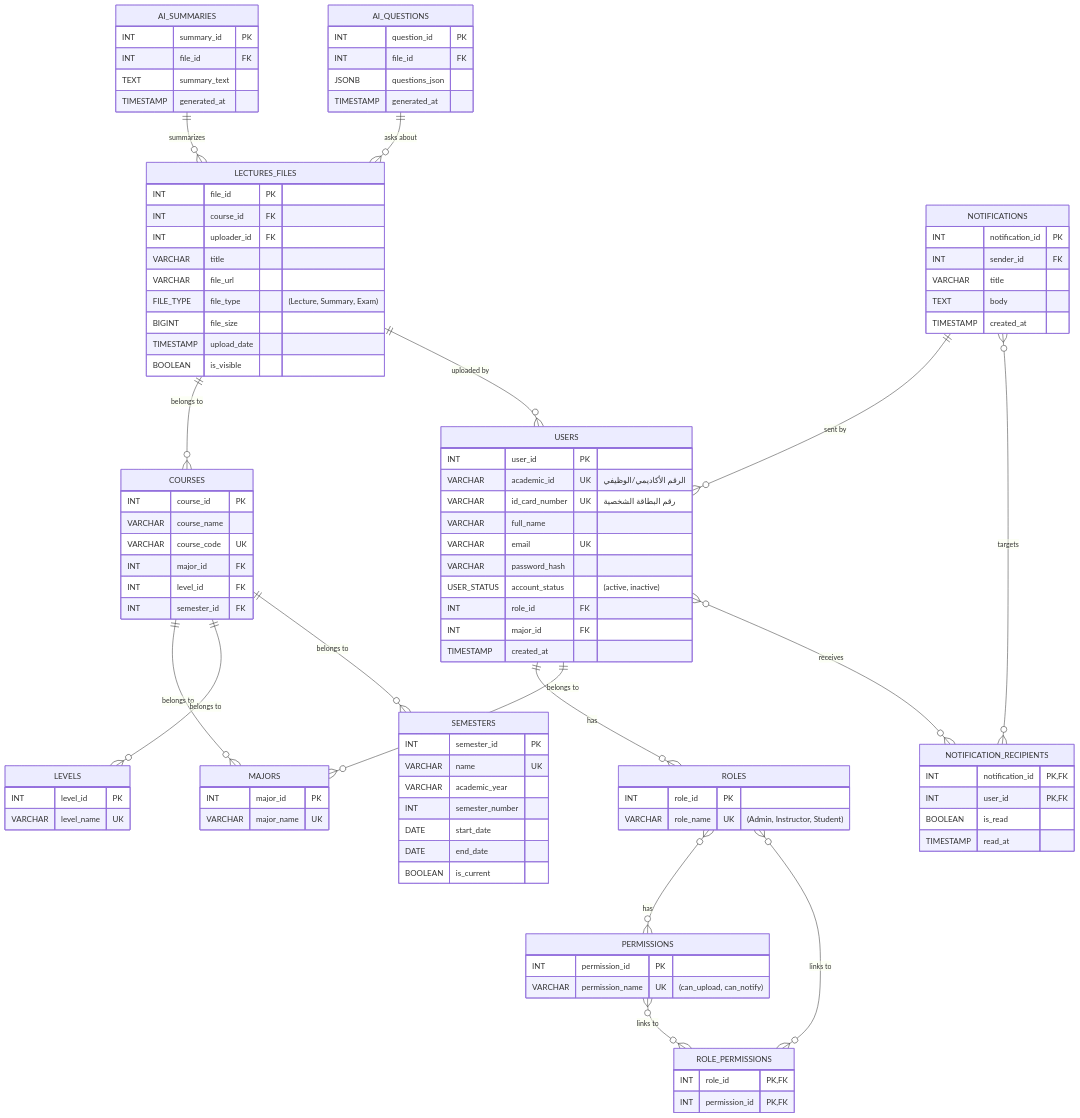
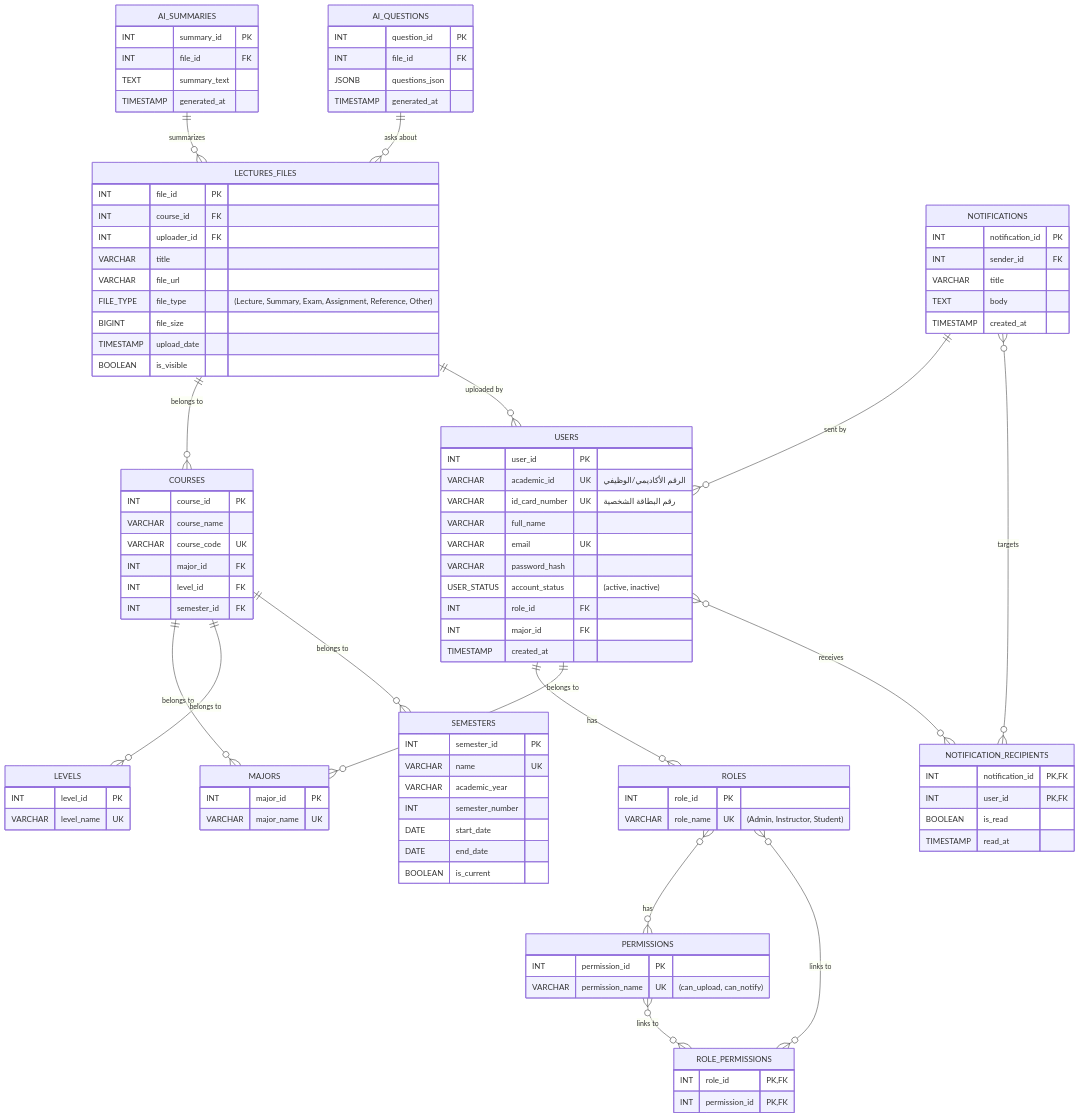
The diagram in Architecture/DATABASE.md (MoainAlabbasi/Documentation), drawn with Mermaid before and after one commit. The commit also changed other lines of this file and 2 other files, not shown here.

Commit message:
docs: Finalize file types, instructor permissions, notifications, and rate limiting
- Updated file_type enum to include: Lecture, Summary, Exam, Assignment, Reference, Other
- Added instructor permissions documentation (soft delete, edit own files, view others)
- Added notification mechanism (auto-notify course students, optional broadcast)
- Added AI rate limiting (10 requests/hour/user)
- Added future feature: Multi-level enrollment (المقاصة)

```diff
--- a/Architecture/DATABASE.md
+++ b/Architecture/DATABASE.md
@@ -63,7 +63,7 @@
         INT uploader_id FK
         VARCHAR title
         VARCHAR file_url
-        FILE_TYPE file_type "(Lecture, Summary, Exam)"
+        FILE_TYPE file_type "(Lecture, Summary, Exam, Assignment, Reference, Other)"
         BIGINT file_size
         TIMESTAMP upload_date
         BOOLEAN is_visible
```
